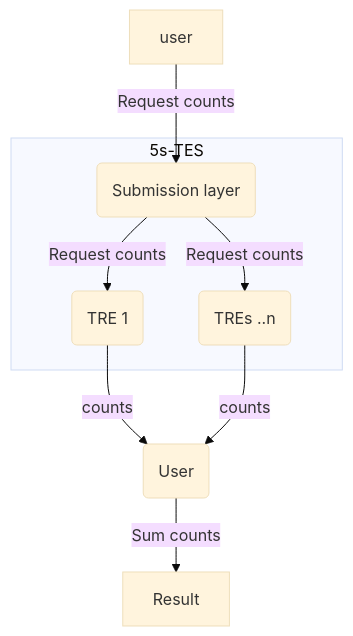
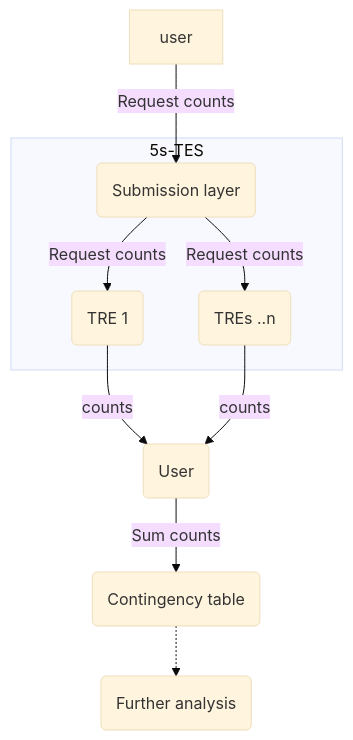
Before and after one commit to Health-Informatics-UoN/analysis-types-for-TREs: the diagram in src/examples-in-five-safes-tes/contingency-tables.md, drawn with Mermaid (base theme). The commit also changed other lines of this file and 38 other files, not shown here.

````diff
--- a/src/examples-in-five-safes-tes/contingency-tables.md
+++ b/src/examples-in-five-safes-tes/contingency-tables.md
@@ -14,14 +12,15 @@
 ```mermaid
 graph TD
   subgraph 5s-TES
     sub(Submission layer)
     tre1(TRE 1)
     tre2(TREs ..n)
   end
   user -- Request counts --> sub
   sub -- Request counts --> tre1
   sub -- Request counts --> tre2
   tre1 -- counts --> agg(User)
   tre2 -- counts --> agg
-  agg -- Sum counts --> Result
+  agg -- Sum counts --> ct(Contingency table)
+  ct -.-> analysis(Further analysis)
 ```
````
